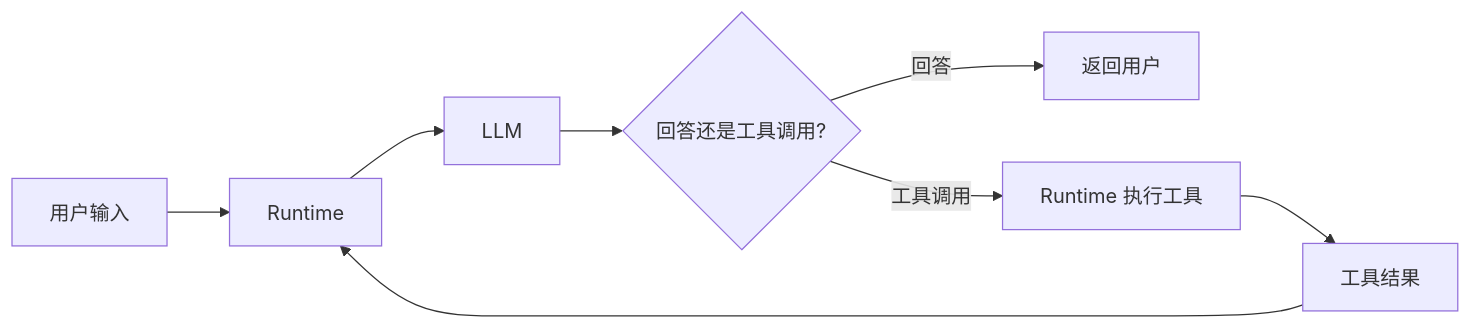
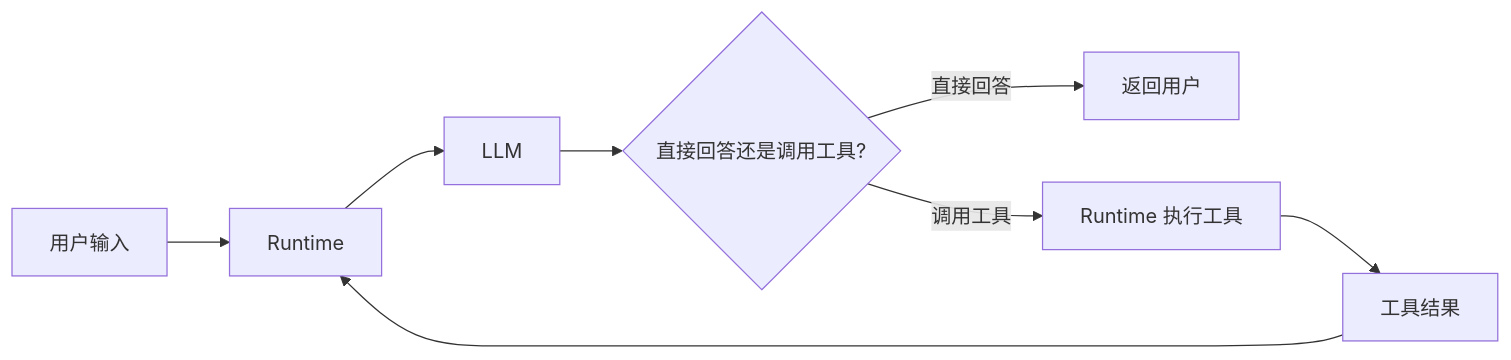
The second of 5 diagrams in docs/foundations/07-agent-harness.md (pittosporum-seu/Learning_Agent), drawn with Mermaid before and after one commit. The commit also changed other lines of this file and 7 other files, not shown here.

````diff
--- a/docs/foundations/07-agent-harness.md
+++ b/docs/foundations/07-agent-harness.md
@@ -276,10 +504,10 @@
 ```mermaid
 flowchart LR
     A[用户输入] --> B[Runtime]
     B --> C[LLM]
-    C --> D{回答还是工具调用?}
-    D -- 回答 --> E[返回用户]
-    D -- 工具调用 --> F[Runtime 执行工具]
+    C --> D{直接回答还是调用工具?}
+    D -- 直接回答 --> E[返回用户]
+    D -- 调用工具 --> F[Runtime 执行工具]
     F --> G[工具结果]
     G --> B
 ```
````
